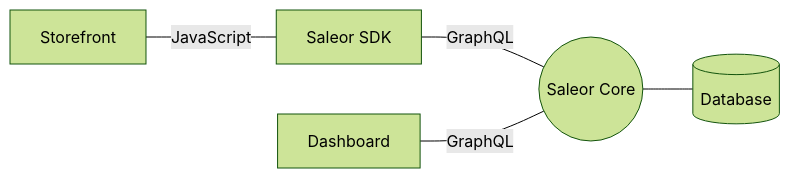
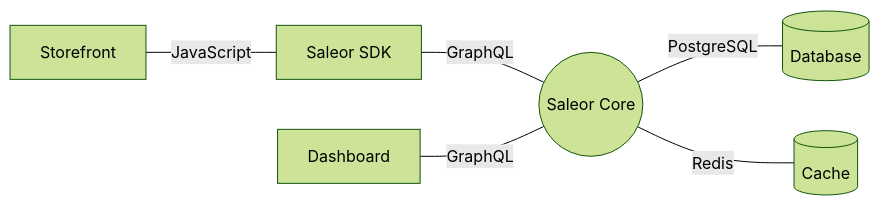
Before and after one commit to saleor/saleor-docs: the first of 2 diagrams in docs/developer/getting-started/architecture.mdx, drawn with Mermaid (forest theme). The commit also changed other lines of this file and 21 other files, not shown here.

````diff
--- a/docs/developer/getting-started/architecture.mdx
+++ b/docs/developer/getting-started/architecture.mdx
@@ -15,7 +15,8 @@
 ```mermaid
 graph LR
   S[Storefront] ---|JavaScript| SDK[Saleor SDK]
-  SDK ---|GraphQL| C((Saleor Core))
-  D[Dashboard] ---|GraphQL| C
-  C --- P[(Database)]
+  SDK ---|GraphQL| CORE((Saleor Core))
+  D[Dashboard] ---|GraphQL| CORE
+  CORE ---|PostgreSQL| P[(Database)]
+  CORE ---|Redis| CACHE[(Cache)]
 ```
````
